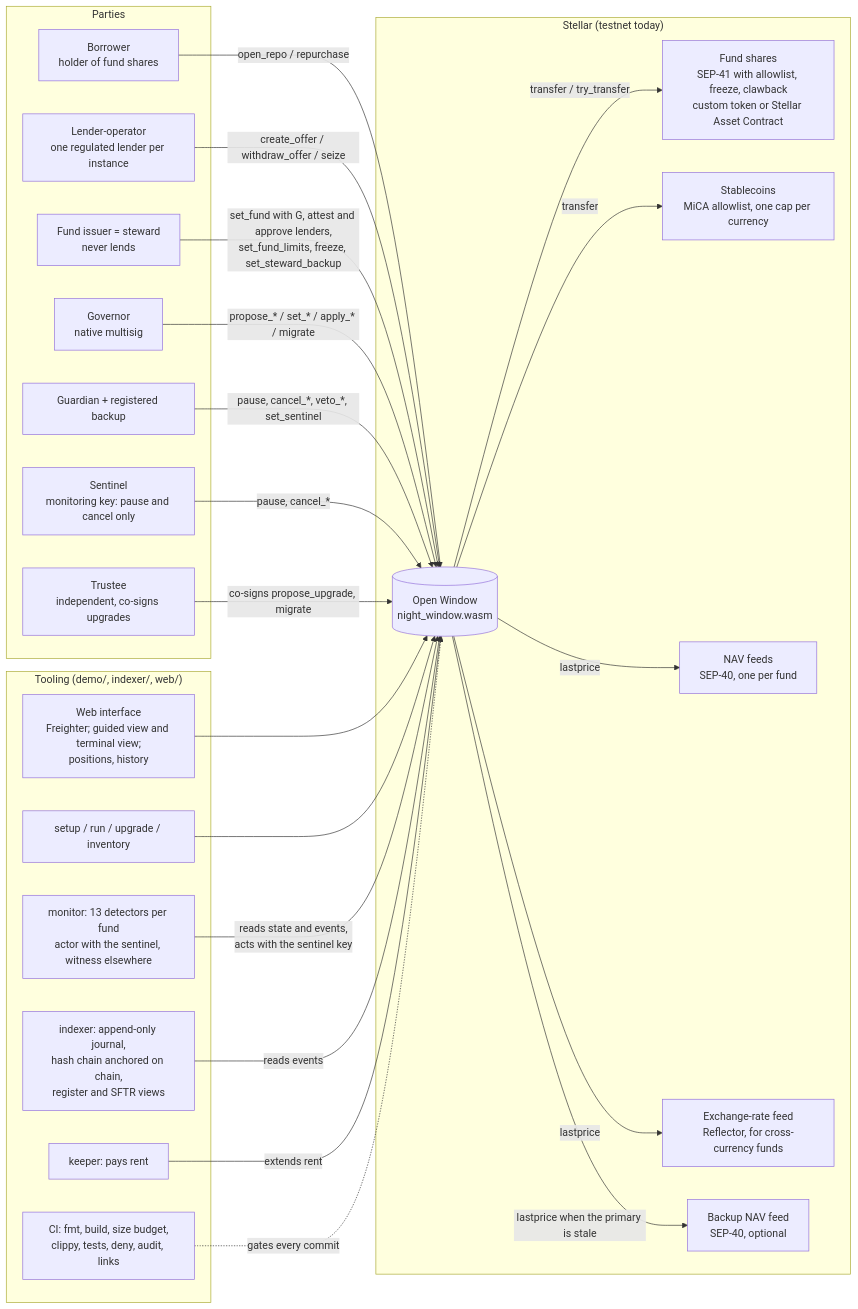
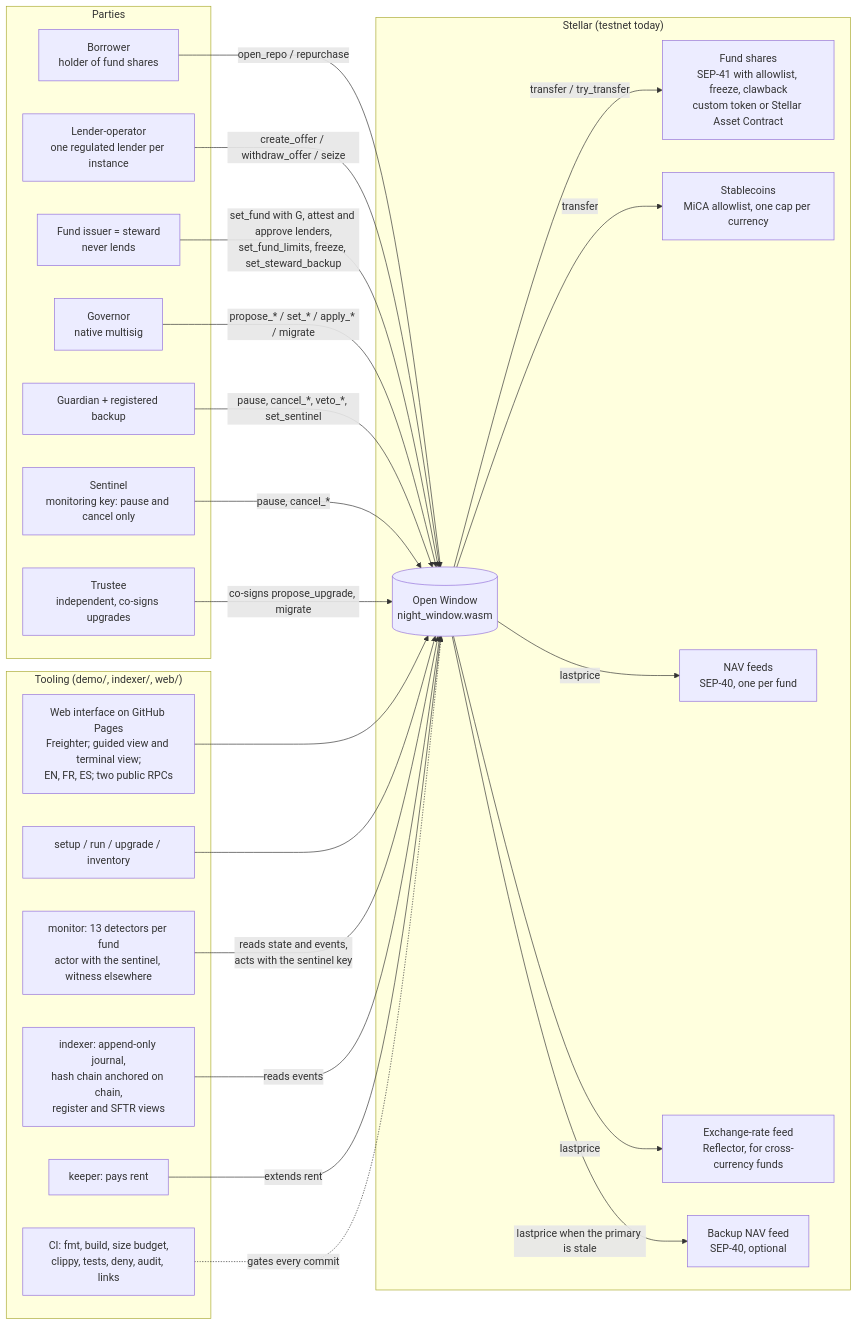
One commit to EricLtx/hackmeridian-2026 changed the first of 11 diagrams in docs/architecture.md. Above: the diagram before and after it, drawn with Mermaid. The commit also changed other lines of this file and 12 other files, not shown here.

````diff
--- a/docs/architecture.md
+++ b/docs/architecture.md
@@ -9,46 +9,46 @@
 ```mermaid
 flowchart LR
   subgraph People["Parties"]
     B[Borrower<br/>holder of fund shares]
     L[Lender-operator<br/>one regulated lender per instance]
     I[Fund issuer = steward<br/>never lends]
     G[Governor<br/>native multisig]
     Gd[Guardian + registered backup]
     Se[Sentinel<br/>monitoring key: pause and cancel only]
     Tr[Trustee<br/>independent, co-signs upgrades]
   end
   subgraph Chain["Stellar (testnet today)"]
     OW[(Open Window<br/>night_window.wasm)]
     FT[Fund shares<br/>SEP-41 with allowlist, freeze, clawback<br/>custom token or Stellar Asset Contract]
     EU[Stablecoins<br/>MiCA allowlist, one cap per currency]
     NAV[NAV feeds<br/>SEP-40, one per fund]
     FX[Exchange-rate feed<br/>Reflector, for cross-currency funds]
     BK[Backup NAV feed<br/>SEP-40, optional]
   end
   subgraph Tooling["Tooling (demo/, indexer/, web/)"]
-    W[Web interface<br/>Freighter; guided view and terminal view;<br/>positions, history]
+    W[Web interface on GitHub Pages<br/>Freighter; guided view and terminal view;<br/>EN, FR, ES; two public RPCs]
     D[setup / run / upgrade / inventory]
     M[monitor: 13 detectors per fund<br/>actor with the sentinel, witness elsewhere]
     X[indexer: append-only journal,<br/>hash chain anchored on chain,<br/>register and SFTR views]
     K[keeper: pays rent]
     C[CI: fmt, build, size budget,<br/>clippy, tests, deny, audit, links]
   end
   B -- open_repo / repurchase --> OW
   L -- create_offer / withdraw_offer / seize --> OW
   I -- set_fund with G, attest and approve lenders,<br/>set_fund_limits, freeze, set_steward_backup --> OW
   G -- propose_* / set_* / apply_* / migrate --> OW
   Gd -- pause, cancel_*, veto_*, set_sentinel --> OW
   Se -- pause, cancel_* --> OW
   Tr -- co-signs propose_upgrade, migrate --> OW
   OW -- transfer / try_transfer --> FT
   OW -- transfer --> EU
   OW -- lastprice --> NAV
   OW -- lastprice --> FX
   OW -- lastprice when the primary is stale --> BK
   W --> OW
   D --> OW
   M -- reads state and events,<br/>acts with the sentinel key --> OW
   X -- reads events --> OW
   K -- extends rent --> OW
   C -. gates every commit .-> OW
 ```
````
